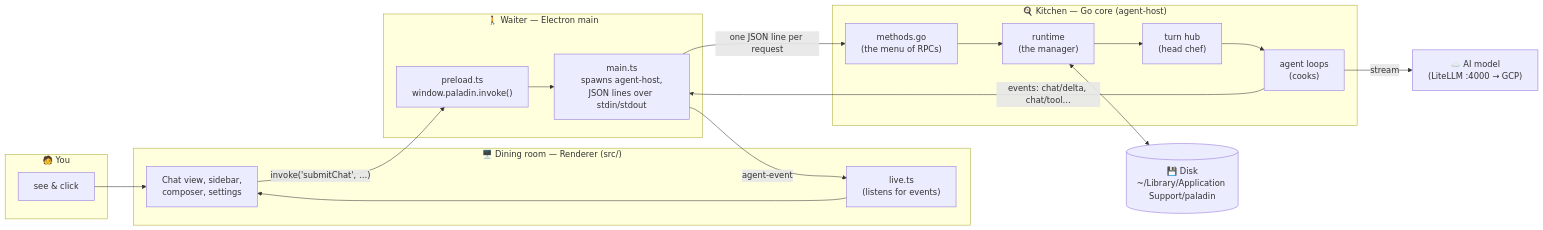
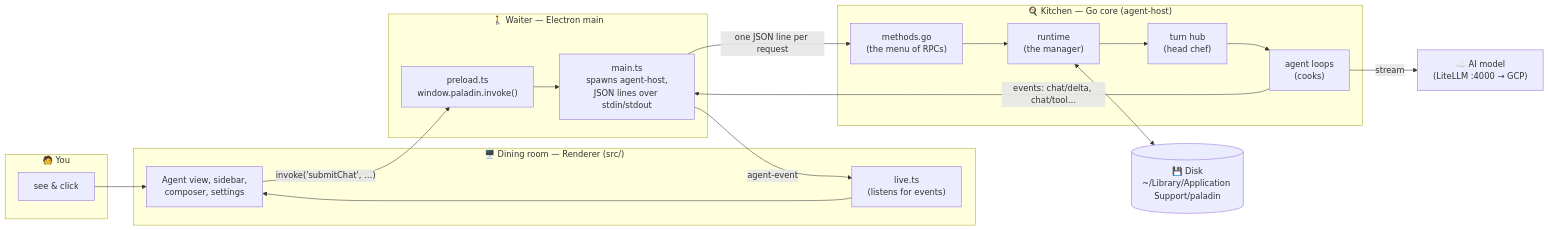
The first of 18 diagrams in HOW-IT-WORKS.md (Ady-JK/paladin), drawn with Mermaid before and after one commit. The commit also changed other lines of this file and 3 other files, not shown here.

````diff
--- a/HOW-IT-WORKS.md
+++ b/HOW-IT-WORKS.md
@@ -34,34 +34,34 @@
 ```mermaid
 flowchart LR
     subgraph You["🧑 You"]
         Eyes["see & click"]
     end
 
     subgraph Renderer["🖥️ Dining room — Renderer (src/)"]
-        UI["Chat view, sidebar,<br/>composer, settings"]
+        UI["Agent view, sidebar,<br/>composer, settings"]
         Live["live.ts<br/>(listens for events)"]
     end
 
     subgraph Electron["🚶 Waiter — Electron main"]
         Preload["preload.ts<br/>window.paladin.invoke()"]
         Main["main.ts<br/>spawns agent-host,<br/>JSON lines over stdin/stdout"]
     end
 
     subgraph Core["🍳 Kitchen — Go core (agent-host)"]
         RPC["methods.go<br/>(the menu of RPCs)"]
         Runtime["runtime<br/>(the manager)"]
         Hub["turn hub<br/>(head chef)"]
         Agents["agent loops<br/>(cooks)"]
     end
 
     Model["☁️ AI model<br/>(LiteLLM :4000 → GCP)"]
     Disk[("💾 Disk<br/>~/Library/Application Support/paladin")]
 
     Eyes --> UI
     UI -- "invoke('submitChat', …)" --> Preload --> Main
     Main -- "one JSON line per request" --> RPC --> Runtime --> Hub --> Agents
     Agents -- "stream" --> Model
     Agents -- "events: chat/delta, chat/tool…" --> Main
     Main -- "agent-event" --> Live --> UI
     Runtime <--> Disk
 ```
````
